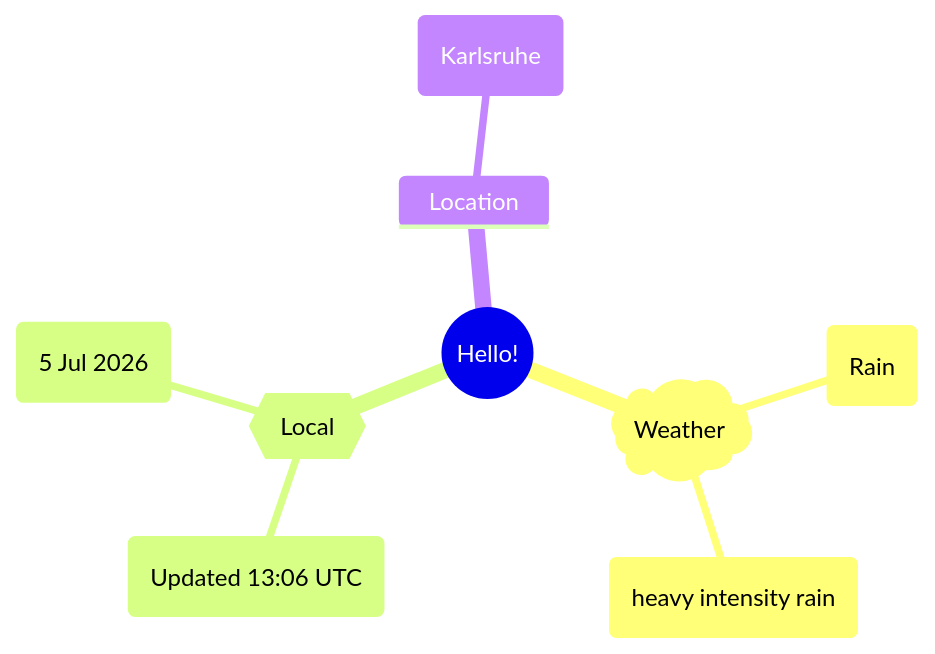
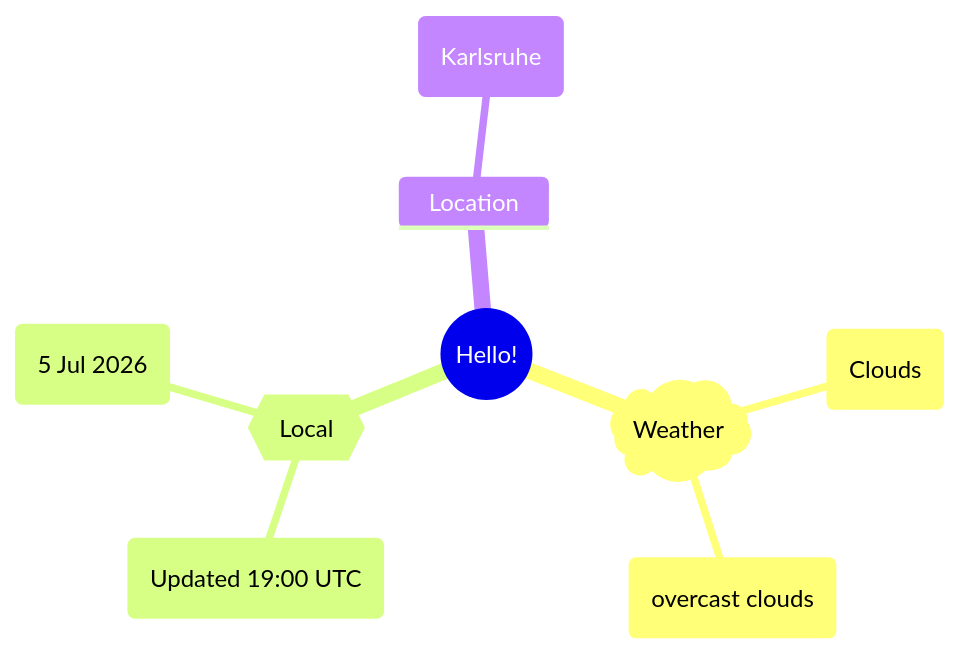
One commit to Xosrov/Xosrov changed the first of 2 diagrams in README.md. Above: the diagram before and after it, drawn with Mermaid.

Commit message:
[bot] updated images

````diff
--- a/README.md
+++ b/README.md
@@ -3,12 +3,12 @@
 ```mermaid
 mindmap
   root((Hello!))
     )Weather(
-        (Rain)
-        (heavy intensity rain)
+        (Clouds)
+        (overcast clouds)
     {{Local}}
-        (Updated 13:06 UTC)
+        (Updated 19:00 UTC)
         (5 Jul 2026)
     Location
         (Karlsruhe)
 ```
````
